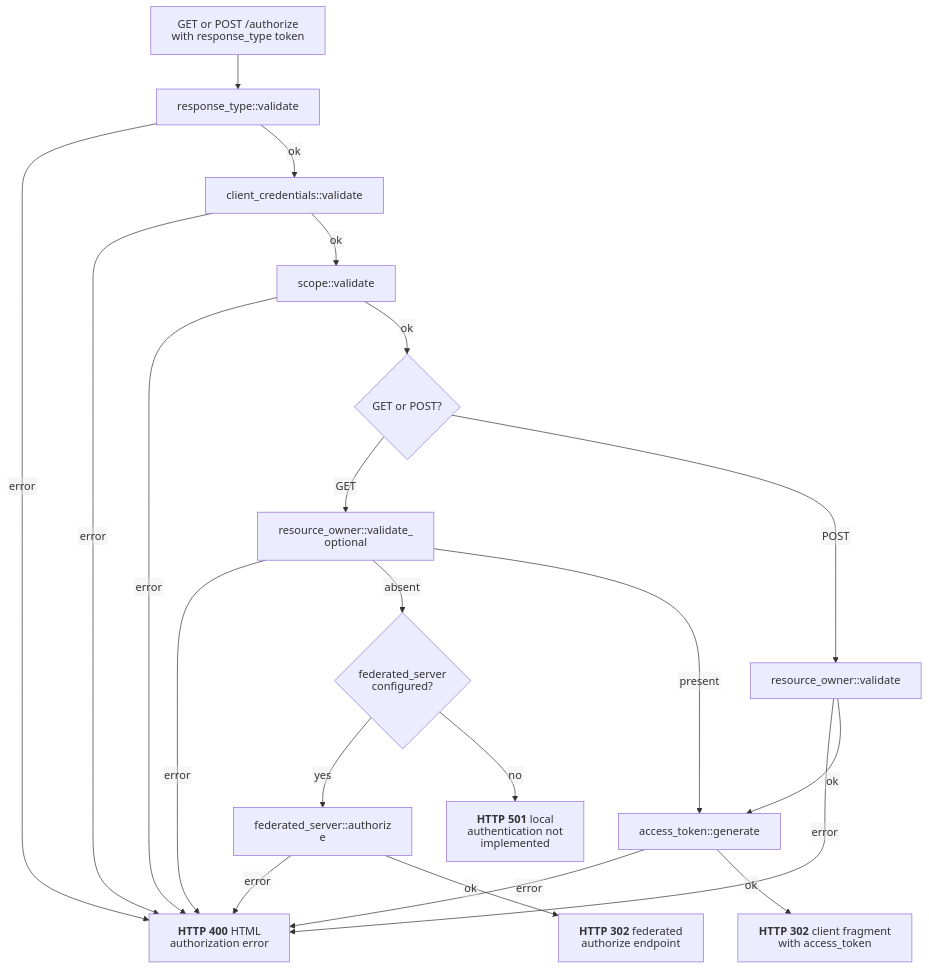
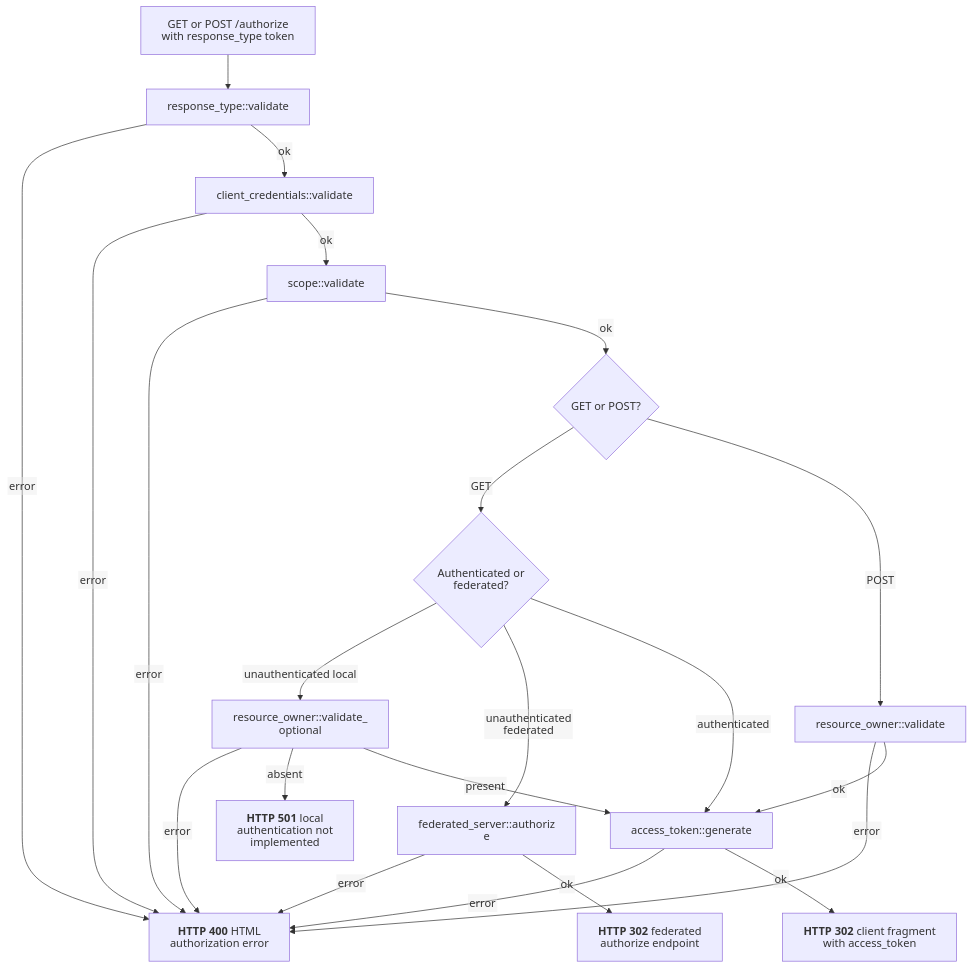
One commit to malach-it/kagome changed the diagram in docs/flows/oauth/implicit.mmd. Above: the diagram before and after it, drawn with Mermaid. The commit also changed 19 other files, not shown here.

Commit message:
fix: preserve wallet binding through federated siopv2 flow

```diff
--- a/docs/flows/oauth/implicit.mmd
+++ b/docs/flows/oauth/implicit.mmd
@@ -1,22 +1,23 @@
 %%{init: {"htmlLabels": false, "flowchart": {"htmlLabels": false}}}%%
 flowchart TD
     start[GET or POST /authorize with response_type token] --> response_type["response_type::validate"]
     response_type -- error --> authorize_error["`**HTTP 400** HTML authorization error`"]
     response_type -- ok --> client["client_credentials::validate"]
     client -- error --> authorize_error
     client -- ok --> scope["scope::validate"]
     scope -- error --> authorize_error
     scope -- ok --> method{GET or POST?}
-    method -- GET --> owner_optional["resource_owner::validate_optional"]
+    method -- GET --> authentication{Authenticated or federated?}
+    authentication -- unauthenticated local --> owner_optional["resource_owner::validate_optional"]
     owner_optional -- error --> authorize_error
-    owner_optional -- absent --> federation{federated_server configured?}
-    federation -- yes --> federate["federated_server::authorize"]
+    owner_optional -- absent --> not_implemented["`**HTTP 501** local authentication not implemented`"]
+    authentication -- unauthenticated federated --> federate["federated_server::authorize"]
     federate -- error --> authorize_error
     federate -- ok --> federated_redirect["`**HTTP 302** federated authorize endpoint`"]
-    federation -- no --> not_implemented["`**HTTP 501** local authentication not implemented`"]
+    authentication -- authenticated --> generate
     owner_optional -- present --> generate
     method -- POST --> owner["resource_owner::validate"]
     owner -- error --> authorize_error
     owner -- ok --> generate["access_token::generate"]
     generate -- error --> authorize_error
     generate -- ok --> redirect["`**HTTP 302** client fragment with access_token`"]
```
